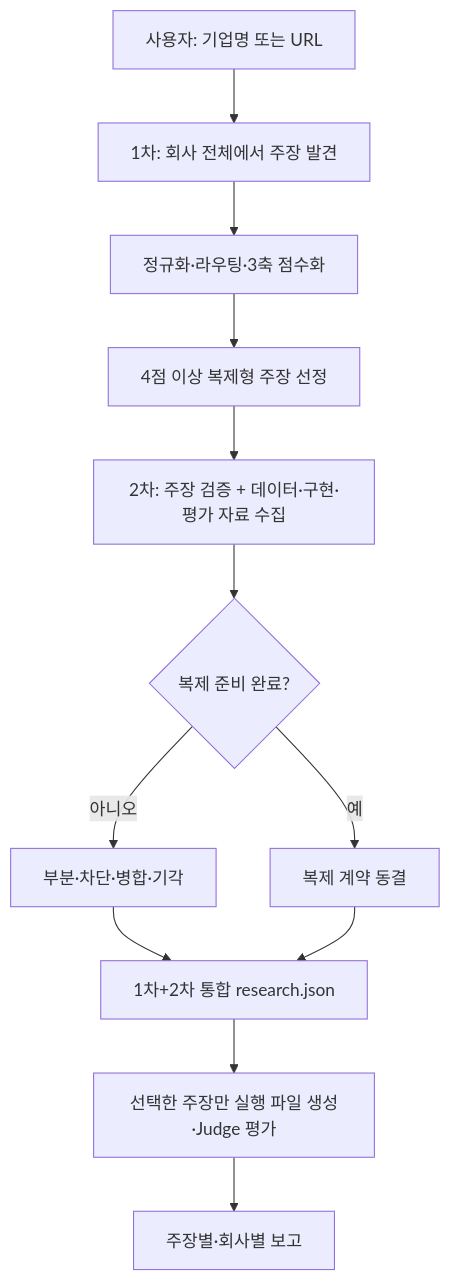
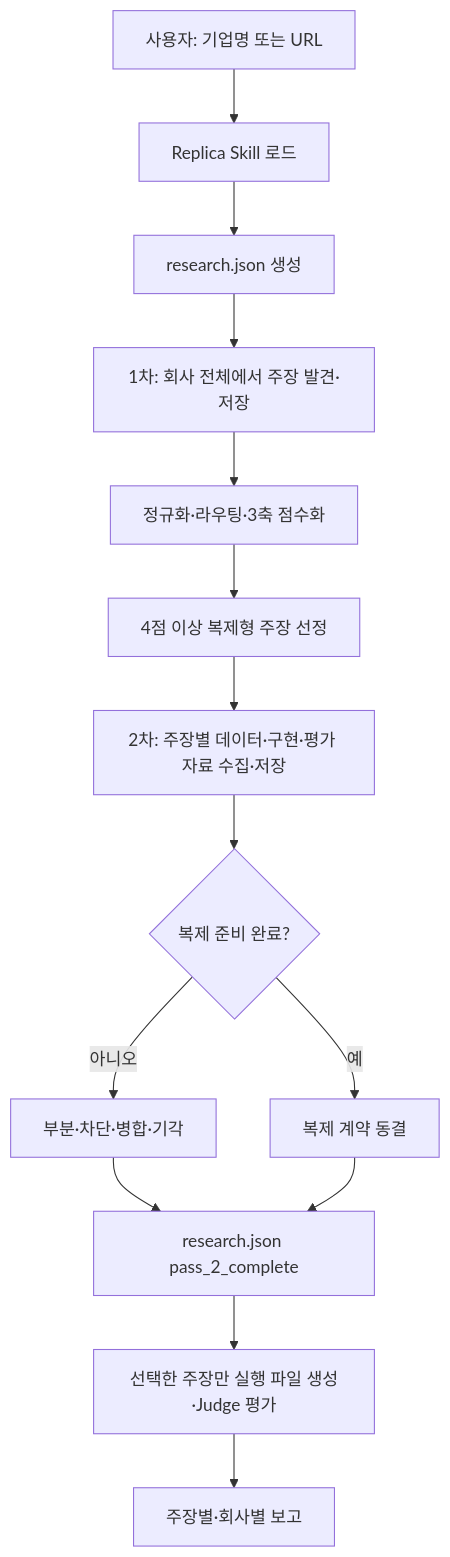
One commit to lpshi2002/replica-mvp changed the diagram in README.md. Above: the diagram before and after it, drawn with Mermaid. The commit also changed other lines of this file and 2 other files, not shown here.

Commit message:
Document the Replica research harness

````diff
--- a/README.md
+++ b/README.md
@@ -76,14 +105,16 @@
 ```mermaid
 flowchart TD
-    A["사용자: 기업명 또는 URL"] --> B["1차: 회사 전체에서 주장 발견"]
+    A["사용자: 기업명 또는 URL"] --> S["Replica Skill 로드"]
+    S --> R["research.json 생성"]
+    R --> B["1차: 회사 전체에서 주장 발견·저장"]
     B --> C["정규화·라우팅·3축 점수화"]
     C --> D["4점 이상 복제형 주장 선정"]
-    D --> E["2차: 주장 검증 + 데이터·구현·평가 자료 수집"]
+    D --> E["2차: 주장별 데이터·구현·평가 자료 수집·저장"]
     E --> F{"복제 준비 완료?"}
     F -->|아니오| G["부분·차단·병합·기각"]
     F -->|예| H["복제 계약 동결"]
-    G --> K["1차+2차 통합 research.json"]
+    G --> K["research.json pass_2_complete"]
     H --> K
     K --> I["선택한 주장만 실행 파일 생성·Judge 평가"]
     I --> J["주장별·회사별 보고"]
 ```
````
